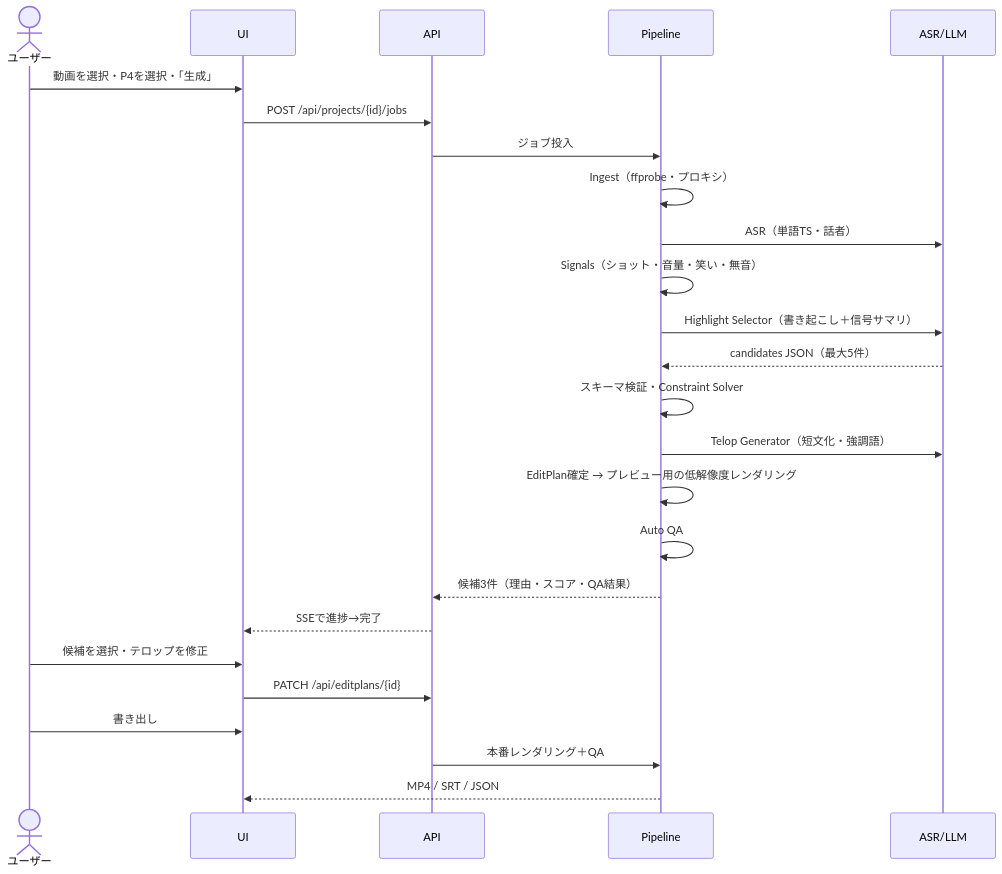
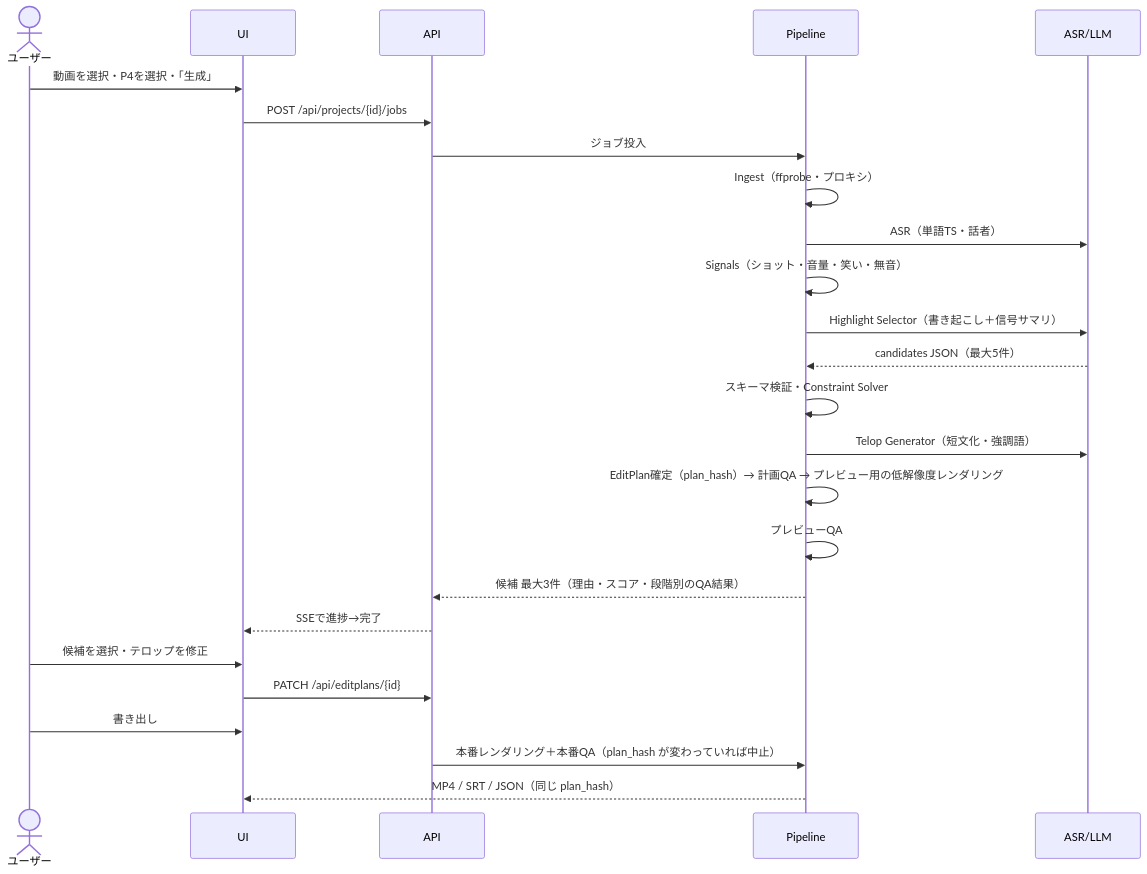
Before and after one commit to dahatake/VideoCreator: the second of 4 diagrams in docs/PRD.md, drawn with Mermaid. The commit also changed other lines of this file and 20 other files, not shown here.

````diff
--- a/docs/PRD.md
+++ b/docs/PRD.md
@@ -250,27 +272,27 @@
 ```mermaid
 sequenceDiagram
   actor U as ユーザー
   participant UI
   participant API
   participant P as Pipeline
   participant AI as ASR/LLM
   U->>UI: 動画を選択・P4を選択・「生成」
   UI->>API: POST /api/projects/{id}/jobs
   API->>P: ジョブ投入
   P->>P: Ingest（ffprobe・プロキシ）
   P->>AI: ASR（単語TS・話者）
   P->>P: Signals（ショット・音量・笑い・無音）
   P->>AI: Highlight Selector（書き起こし＋信号サマリ）
   AI-->>P: candidates JSON（最大5件）
   P->>P: スキーマ検証・Constraint Solver
   P->>AI: Telop Generator（短文化・強調語）
-  P->>P: EditPlan確定 → プレビュー用の低解像度レンダリング
-  P->>P: Auto QA
-  P-->>API: 候補3件（理由・スコア・QA結果）
+  P->>P: EditPlan確定（plan_hash）→ 計画QA → プレビュー用の低解像度レンダリング
+  P->>P: プレビューQA
+  P-->>API: 候補 最大3件（理由・スコア・段階別のQA結果）
   API-->>UI: SSEで進捗→完了
   U->>UI: 候補を選択・テロップを修正
   UI->>API: PATCH /api/editplans/{id}
   U->>UI: 書き出し
-  API->>P: 本番レンダリング＋QA
-  P-->>UI: MP4 / SRT / JSON
+  API->>P: 本番レンダリング＋本番QA（plan_hash が変わっていれば中止）
+  P-->>UI: MP4 / SRT / JSON（同じ plan_hash）
 ```
````
